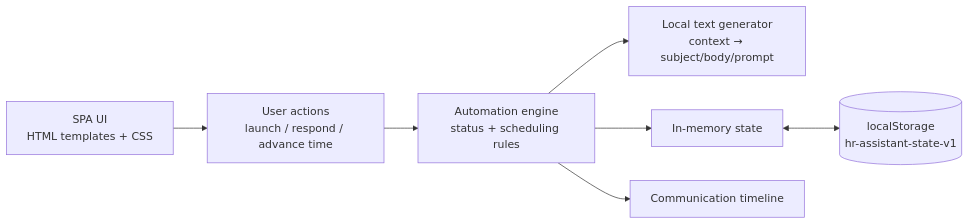
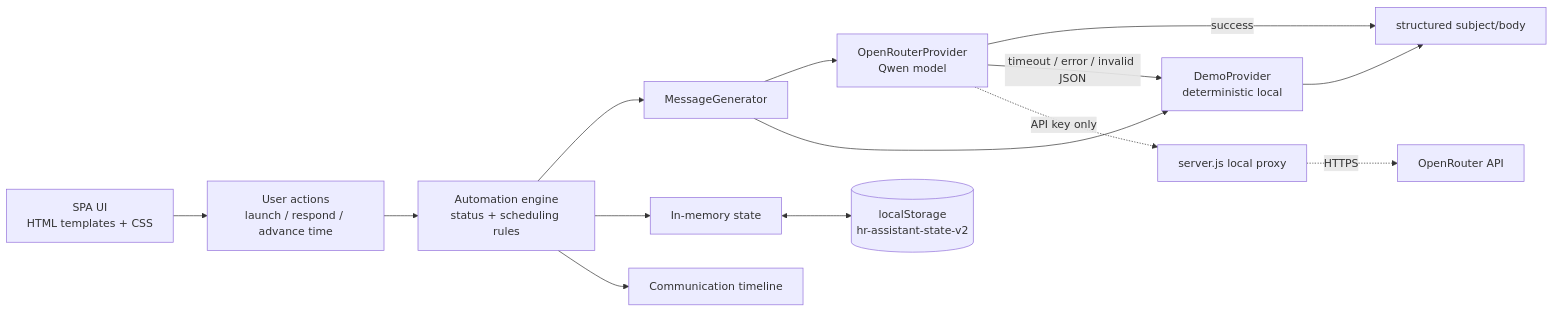
The first of 2 diagrams in docs/ARCHITECTURE.md (SpNkd/hyumanli-hr-assistant), drawn with Mermaid before and after one commit. The commit also changed other lines of this file and 11 other files, not shown here.

Commit message:
feat: add resilient OpenRouter message provider

````diff
--- a/docs/ARCHITECTURE.md
+++ b/docs/ARCHITECTURE.md
@@ -5,9 +5,16 @@
 ```mermaid
 flowchart LR
   UI[SPA UI\nHTML templates + CSS] --> Actions[User actions\nlaunch / respond / advance time]
   Actions --> Engine[Automation engine\nstatus + scheduling rules]
-  Engine --> Generator[Local text generator\ncontext → subject/body/prompt]
+  Engine --> Generator[MessageGenerator]
+  Generator --> Live[OpenRouterProvider\nQwen model]
+  Generator --> Demo[DemoProvider\ndeterministic local]
+  Live -->|success| Result[structured subject/body]
+  Live -->|timeout / error / invalid JSON| Demo
+  Demo --> Result
   Engine --> State[In-memory state]
-  State <--> Storage[(localStorage\nhr-assistant-state-v1)]
+  State <--> Storage[(localStorage\nhr-assistant-state-v2)]
   Engine --> Timeline[Communication timeline]
+  Live -. API key only .-> Proxy[server.js local proxy]
+  Proxy -. HTTPS .-> OR[OpenRouter API]
 ```
````
